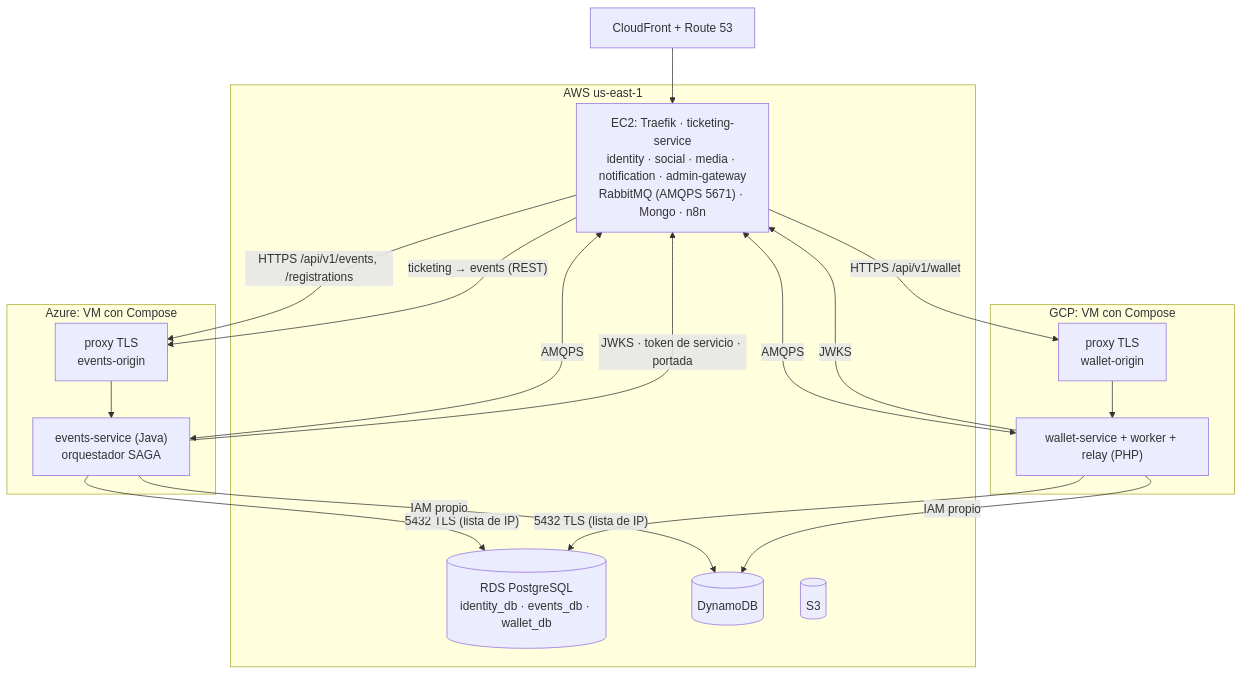
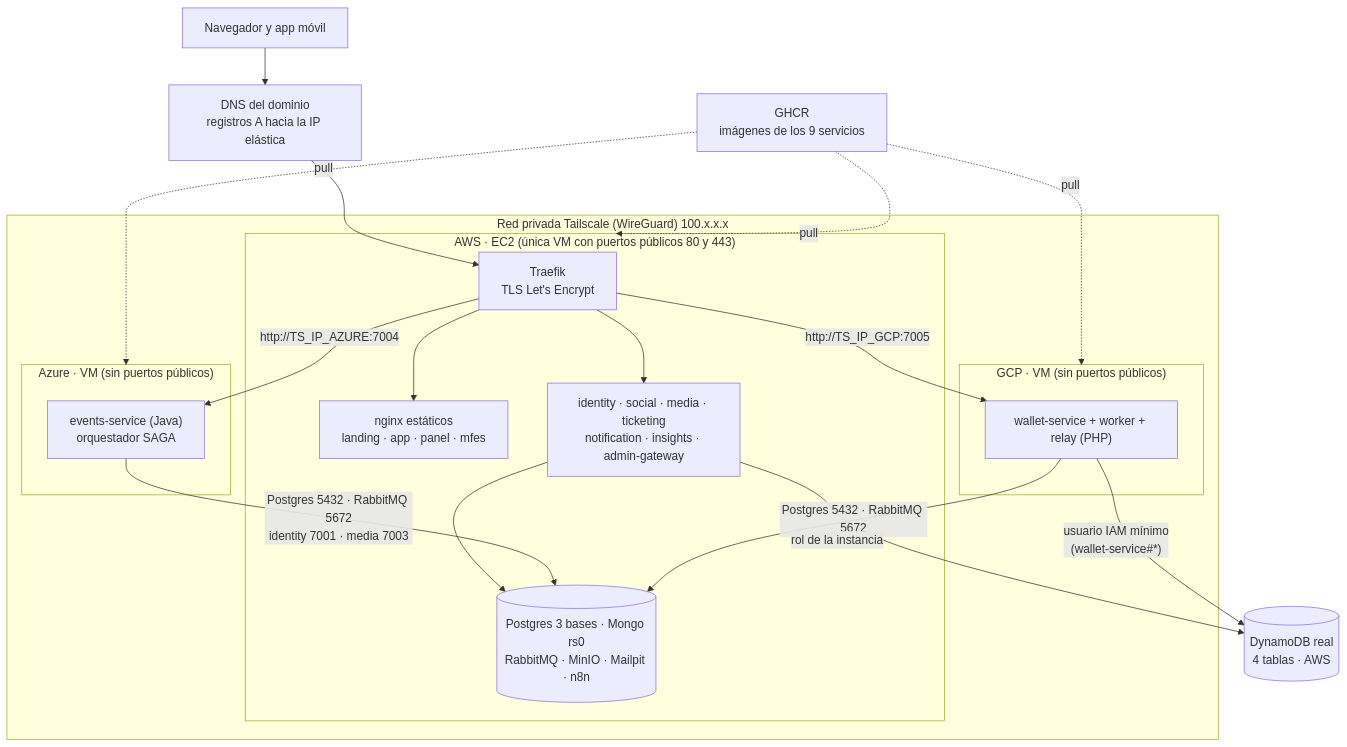
Before and after one commit to CesarKnight/bandadau-docs: the third of 5 diagrams in docs/05-infraestructura/infraestructura.md, drawn with Mermaid. The commit also changed other lines of this file and 21 other files, not shown here.

````diff
--- a/docs/05-infraestructura/infraestructura.md
+++ b/docs/05-infraestructura/infraestructura.md
@@ -647,29 +649,35 @@
 ```mermaid
 flowchart TB
-    CF["CloudFront + Route 53"]
-    subgraph AWS["AWS us-east-1"]
-        EC2["EC2: Traefik · ticketing-service<br/>identity · social · media · notification · admin-gateway<br/>RabbitMQ (AMQPS 5671) · Mongo · n8n"]
-        RDS[("RDS PostgreSQL<br/>identity_db · events_db · wallet_db")]
-        DDB[("DynamoDB")]
-        S3[("S3")]
+    U["Navegador y app móvil"]
+    DNS["DNS del dominio<br/>registros A hacia la IP elástica"]
+    subgraph TS["Red privada Tailscale (WireGuard) 100.x.x.x"]
+        subgraph AWS["AWS · EC2 (única VM con puertos públicos 80 y 443)"]
+            TR["Traefik<br/>TLS Let's Encrypt"]
+            NG["nginx estáticos<br/>landing · app · panel · mfes"]
+            SV["identity · social · media · ticketing<br/>notification · insights · admin-gateway"]
+            DATA[("Postgres 3 bases · Mongo rs0<br/>RabbitMQ · MinIO · Mailpit · n8n")]
+        end
+        subgraph AZ["Azure · VM (sin puertos públicos)"]
+            EV["events-service (Java)<br/>orquestador SAGA"]
+        end
+        subgraph GC["GCP · VM (sin puertos públicos)"]
+            WA["wallet-service + worker + relay (PHP)"]
+        end
     end
-    subgraph AZ["Azure: VM con Compose"]
-        PX1["proxy TLS<br/>events-origin"]
-        EV["events-service (Java)<br/>orquestador SAGA"]
-    end
-    subgraph GC["GCP: VM con Compose"]
-        PX2["proxy TLS<br/>wallet-origin"]
-        WA["wallet-service + worker + relay (PHP)"]
-    end
-    CF --> EC2
-    EC2 -->|"HTTPS /api/v1/events, /registrations"| PX1 --> EV
-    EC2 -->|"HTTPS /api/v1/wallet"| PX2 --> WA
-    EV <-->|"AMQPS"| EC2
-    WA <-->|"AMQPS"| EC2
-    EV -->|"5432 TLS (lista de IP)"| RDS
-    WA -->|"5432 TLS (lista de IP)"| RDS
-    EV & WA -->|"IAM propio"| DDB
-    EV -->|"JWKS · token de servicio · portada"| EC2
-    WA -->|"JWKS"| EC2
-    EC2 -->|"ticketing → events (REST)"| PX1
+    DDB[("DynamoDB real<br/>4 tablas · AWS")]
+    GHCR["GHCR<br/>imágenes de los 9 servicios"]
+
+    U --> DNS --> TR
+    TR --> NG
+    TR --> SV
+    TR -->|"http://TS_IP_AZURE:7004"| EV
+    TR -->|"http://TS_IP_GCP:7005"| WA
+    SV --> DATA
+    EV -->|"Postgres 5432 · RabbitMQ 5672<br/>identity 7001 · media 7003"| DATA
+    WA -->|"Postgres 5432 · RabbitMQ 5672"| DATA
+    SV -->|"rol de la instancia"| DDB
+    WA -->|"usuario IAM mínimo<br/>(wallet-service#*)"| DDB
+    GHCR -.pull.-> AWS
+    GHCR -.pull.-> AZ
+    GHCR -.pull.-> GC
 ```
````
